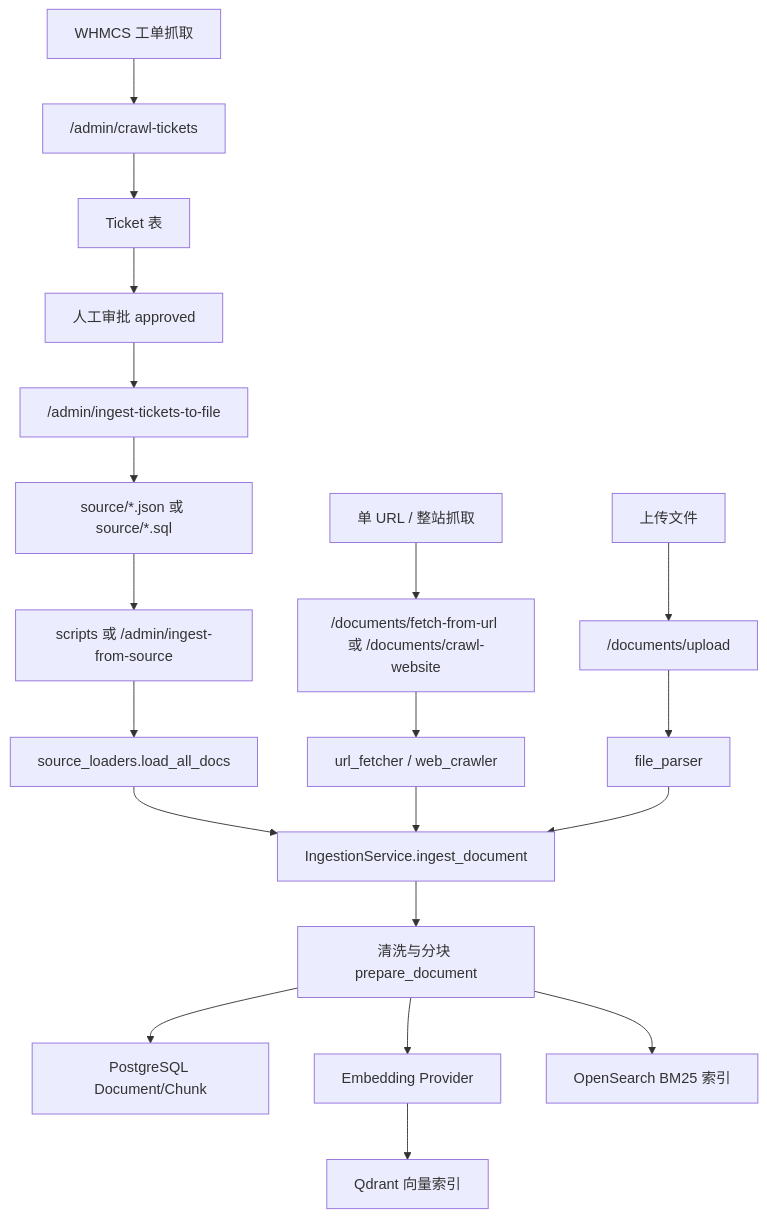
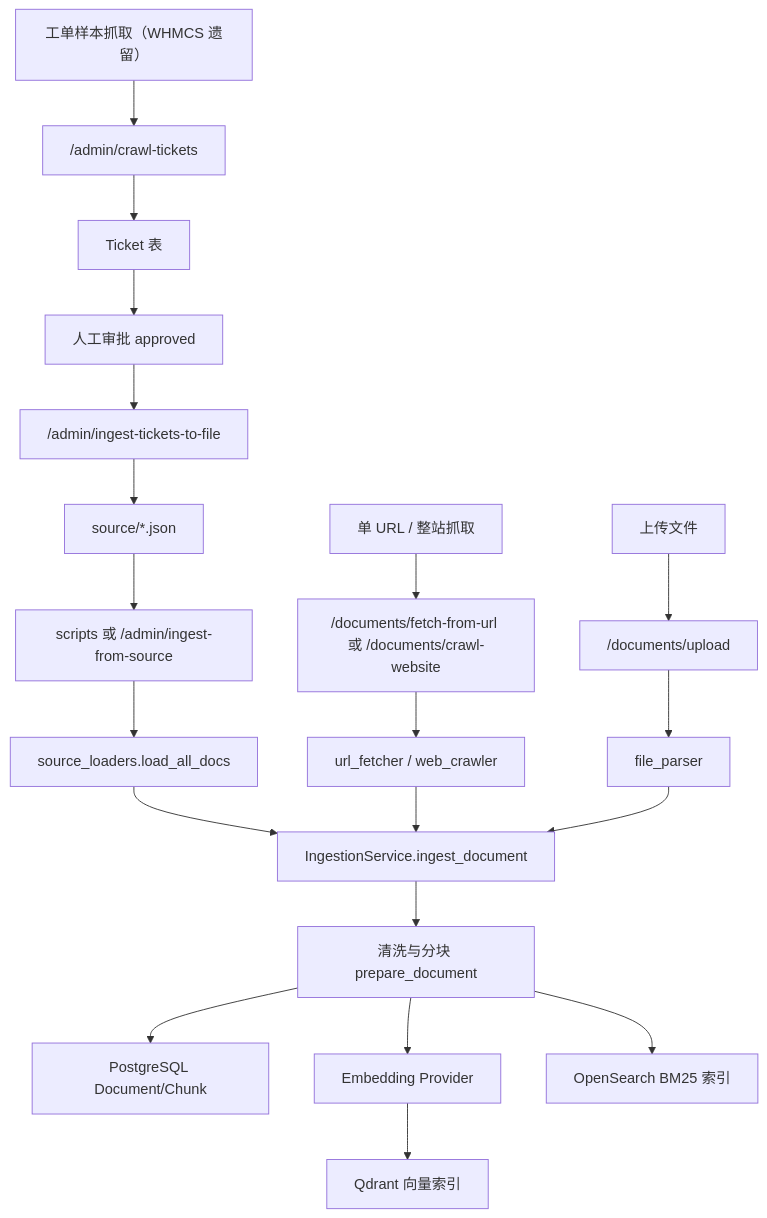
One commit to rwjxrj/RAG_Agent changed the first of 6 diagrams in .agent-harness/02_RAG_FLOW.md. Above: the diagram before and after it, drawn with Mermaid. The commit also changed other lines of this file and 17 other files, not shown here.

````diff
--- a/.agent-harness/02_RAG_FLOW.md
+++ b/.agent-harness/02_RAG_FLOW.md
@@ -8,24 +8,24 @@
 ```mermaid
 flowchart TD
-  A["source/*.json 或 source/*.sql"] --> B["scripts 或 /admin/ingest-from-source"]
+  A["source/*.json"] --> B["scripts 或 /admin/ingest-from-source"]
   C["单 URL / 整站抓取"] --> D["/documents/fetch-from-url 或 /documents/crawl-website"]
   E["上传文件"] --> F["/documents/upload"]
-  G["WHMCS 工单抓取"] --> H["/admin/crawl-tickets"]
+  G["工单样本抓取（WHMCS 遗留）"] --> H["/admin/crawl-tickets"]
   H --> I["Ticket 表"]
   I --> J["人工审批 approved"]
   J --> K["/admin/ingest-tickets-to-file"]
   K --> A
 
   B --> L["source_loaders.load_all_docs"]
   D --> M["url_fetcher / web_crawler"]
   F --> N["file_parser"]
   L --> O["IngestionService.ingest_document"]
   M --> O
   N --> O
 
   O --> P["清洗与分块 prepare_document"]
   P --> Q["PostgreSQL Document/Chunk"]
   P --> R["Embedding Provider"]
   R --> S["Qdrant 向量索引"]
   P --> T["OpenSearch BM25 索引"]
 ```
````
